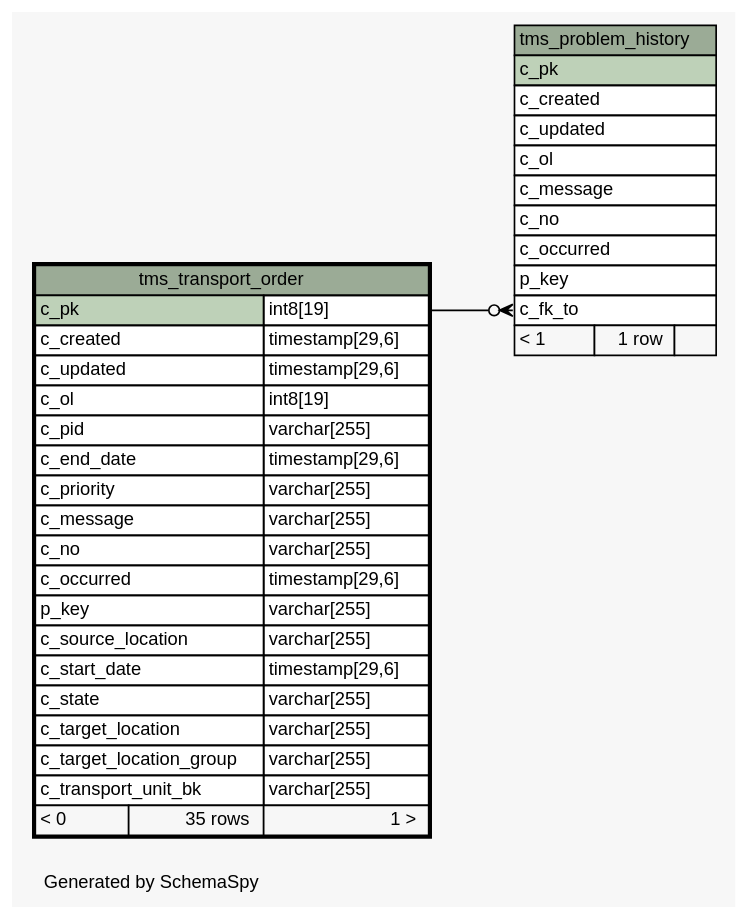
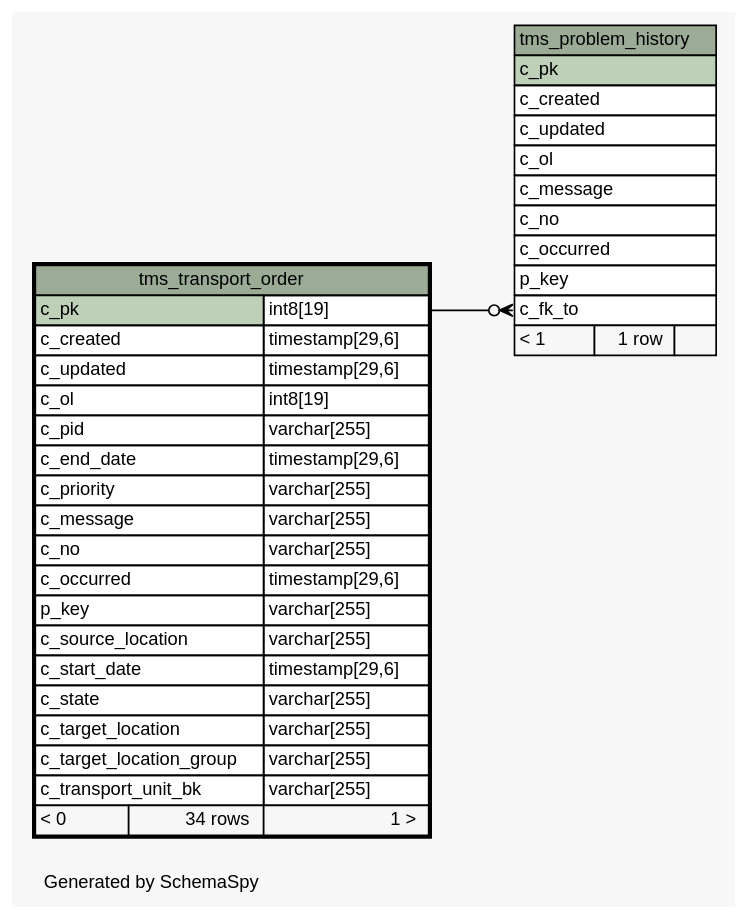
Before and after one commit to openwms/org.openwms.tms.transportation: the diagram in 1.4.0-SNAPSHOT/schemaspy/diagrams/tms_transport_order.1degree.dot, drawn with Graphviz. The commit also changed 489 other files, not shown here.

```diff
--- a/1.4.0-SNAPSHOT/schemaspy/diagrams/tms_transport_order.1degree.dot
+++ b/1.4.0-SNAPSHOT/schemaspy/diagrams/tms_transport_order.1degree.dot
@@ -1,67 +1,67 @@
-// dot 2.36.0 on Linux 4.4.0-101-generic
+// dot 2.43.0 on Linux 5.11.0-1022-azure
 // SchemaSpy rev Unknown
 digraph "oneDegreeRelationshipsDiagram" {
   graph [
     rankdir="RL"
     bgcolor="#f7f7f7"
     label="\nGenerated by SchemaSpy"
     labeljust="l"
     nodesep="0.18"
     ranksep="0.46"
     fontname="Helvetica"
     fontsize="11"
   ];
   node [
     fontname="Helvetica"
     fontsize="11"
     shape="plaintext"
   ];
   edge [
     arrowsize="0.8"
   ];
   "tms_problem_history":"c_fk_to":w -> "tms_transport_order":"c_pk.type":e [arrowhead=none dir=back arrowtail=crowodot];
   "tms_problem_history" [
     label=<
     <TABLE BORDER="0" CELLBORDER="1" CELLSPACING="0" BGCOLOR="#ffffff">
       <TR><TD COLSPAN="3" BGCOLOR="#9bab96" ALIGN="CENTER">tms_problem_history</TD></TR>
       <TR><TD PORT="c_pk" COLSPAN="3" BGCOLOR="#bed1b8" ALIGN="LEFT">c_pk</TD></TR>
       <TR><TD PORT="c_created" COLSPAN="3" ALIGN="LEFT">c_created</TD></TR>
       <TR><TD PORT="c_updated" COLSPAN="3" ALIGN="LEFT">c_updated</TD></TR>
       <TR><TD PORT="c_ol" COLSPAN="3" ALIGN="LEFT">c_ol</TD></TR>
       <TR><TD PORT="c_message" COLSPAN="3" ALIGN="LEFT">c_message</TD></TR>
       <TR><TD PORT="c_no" COLSPAN="3" ALIGN="LEFT">c_no</TD></TR>
       <TR><TD PORT="c_occurred" COLSPAN="3" ALIGN="LEFT">c_occurred</TD></TR>
       <TR><TD PORT="p_key" COLSPAN="3" ALIGN="LEFT">p_key</TD></TR>
       <TR><TD PORT="c_fk_to" COLSPAN="3" ALIGN="LEFT">c_fk_to</TD></TR>
       <TR><TD ALIGN="LEFT" BGCOLOR="#f7f7f7">&lt; 1</TD><TD ALIGN="RIGHT" BGCOLOR="#f7f7f7">1 row</TD><TD ALIGN="RIGHT" BGCOLOR="#f7f7f7">  </TD></TR>
     </TABLE>>
     URL="tms_problem_history.html"
     tooltip="tms_problem_history"
   ];
   "tms_transport_order" [
     label=<
     <TABLE BORDER="2" CELLBORDER="1" CELLSPACING="0" BGCOLOR="#ffffff">
       <TR><TD COLSPAN="3" BGCOLOR="#9bab96" ALIGN="CENTER">tms_transport_order</TD></TR>
       <TR><TD PORT="c_pk" COLSPAN="2" BGCOLOR="#bed1b8" ALIGN="LEFT">c_pk</TD><TD PORT="c_pk.type" ALIGN="LEFT">int8[19]</TD></TR>
       <TR><TD PORT="c_created" COLSPAN="2" ALIGN="LEFT">c_created</TD><TD PORT="c_created.type" ALIGN="LEFT">timestamp[29,6]</TD></TR>
       <TR><TD PORT="c_updated" COLSPAN="2" ALIGN="LEFT">c_updated</TD><TD PORT="c_updated.type" ALIGN="LEFT">timestamp[29,6]</TD></TR>
       <TR><TD PORT="c_ol" COLSPAN="2" ALIGN="LEFT">c_ol</TD><TD PORT="c_ol.type" ALIGN="LEFT">int8[19]</TD></TR>
       <TR><TD PORT="c_pid" COLSPAN="2" ALIGN="LEFT">c_pid</TD><TD PORT="c_pid.type" ALIGN="LEFT">varchar[255]</TD></TR>
       <TR><TD PORT="c_end_date" COLSPAN="2" ALIGN="LEFT">c_end_date</TD><TD PORT="c_end_date.type" ALIGN="LEFT">timestamp[29,6]</TD></TR>
       <TR><TD PORT="c_priority" COLSPAN="2" ALIGN="LEFT">c_priority</TD><TD PORT="c_priority.type" ALIGN="LEFT">varchar[255]</TD></TR>
       <TR><TD PORT="c_message" COLSPAN="2" ALIGN="LEFT">c_message</TD><TD PORT="c_message.type" ALIGN="LEFT">varchar[255]</TD></TR>
       <TR><TD PORT="c_no" COLSPAN="2" ALIGN="LEFT">c_no</TD><TD PORT="c_no.type" ALIGN="LEFT">varchar[255]</TD></TR>
       <TR><TD PORT="c_occurred" COLSPAN="2" ALIGN="LEFT">c_occurred</TD><TD PORT="c_occurred.type" ALIGN="LEFT">timestamp[29,6]</TD></TR>
       <TR><TD PORT="p_key" COLSPAN="2" ALIGN="LEFT">p_key</TD><TD PORT="p_key.type" ALIGN="LEFT">varchar[255]</TD></TR>
       <TR><TD PORT="c_source_location" COLSPAN="2" ALIGN="LEFT">c_source_location</TD><TD PORT="c_source_location.type" ALIGN="LEFT">varchar[255]</TD></TR>
       <TR><TD PORT="c_start_date" COLSPAN="2" ALIGN="LEFT">c_start_date</TD><TD PORT="c_start_date.type" ALIGN="LEFT">timestamp[29,6]</TD></TR>
       <TR><TD PORT="c_state" COLSPAN="2" ALIGN="LEFT">c_state</TD><TD PORT="c_state.type" ALIGN="LEFT">varchar[255]</TD></TR>
       <TR><TD PORT="c_target_location" COLSPAN="2" ALIGN="LEFT">c_target_location</TD><TD PORT="c_target_location.type" ALIGN="LEFT">varchar[255]</TD></TR>
       <TR><TD PORT="c_target_location_group" COLSPAN="2" ALIGN="LEFT">c_target_location_group</TD><TD PORT="c_target_location_group.type" ALIGN="LEFT">varchar[255]</TD></TR>
       <TR><TD PORT="c_transport_unit_bk" COLSPAN="2" ALIGN="LEFT">c_transport_unit_bk</TD><TD PORT="c_transport_unit_bk.type" ALIGN="LEFT">varchar[255]</TD></TR>
-      <TR><TD ALIGN="LEFT" BGCOLOR="#f7f7f7">&lt; 0</TD><TD ALIGN="RIGHT" BGCOLOR="#f7f7f7">35 rows</TD><TD ALIGN="RIGHT" BGCOLOR="#f7f7f7">1 &gt;</TD></TR>
+      <TR><TD ALIGN="LEFT" BGCOLOR="#f7f7f7">&lt; 0</TD><TD ALIGN="RIGHT" BGCOLOR="#f7f7f7">34 rows</TD><TD ALIGN="RIGHT" BGCOLOR="#f7f7f7">1 &gt;</TD></TR>
     </TABLE>>
     URL="tms_transport_order.html"
     tooltip="tms_transport_order"
   ];
 }
```
